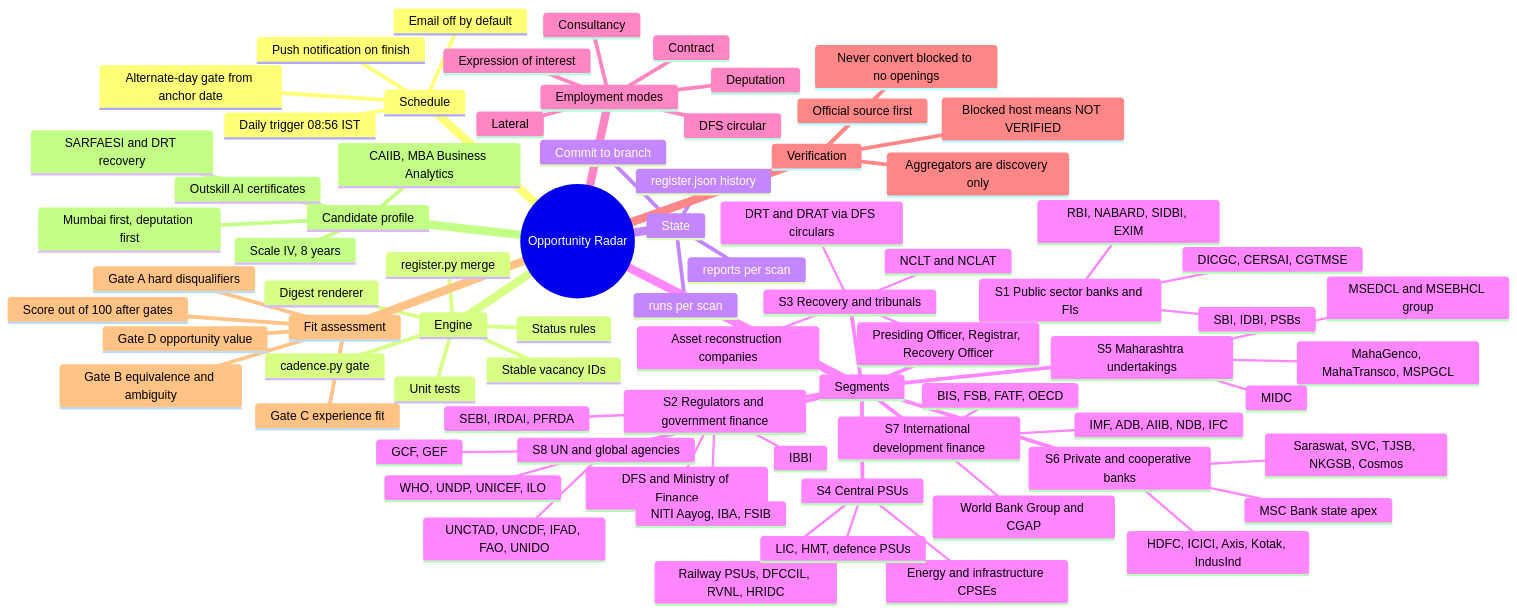
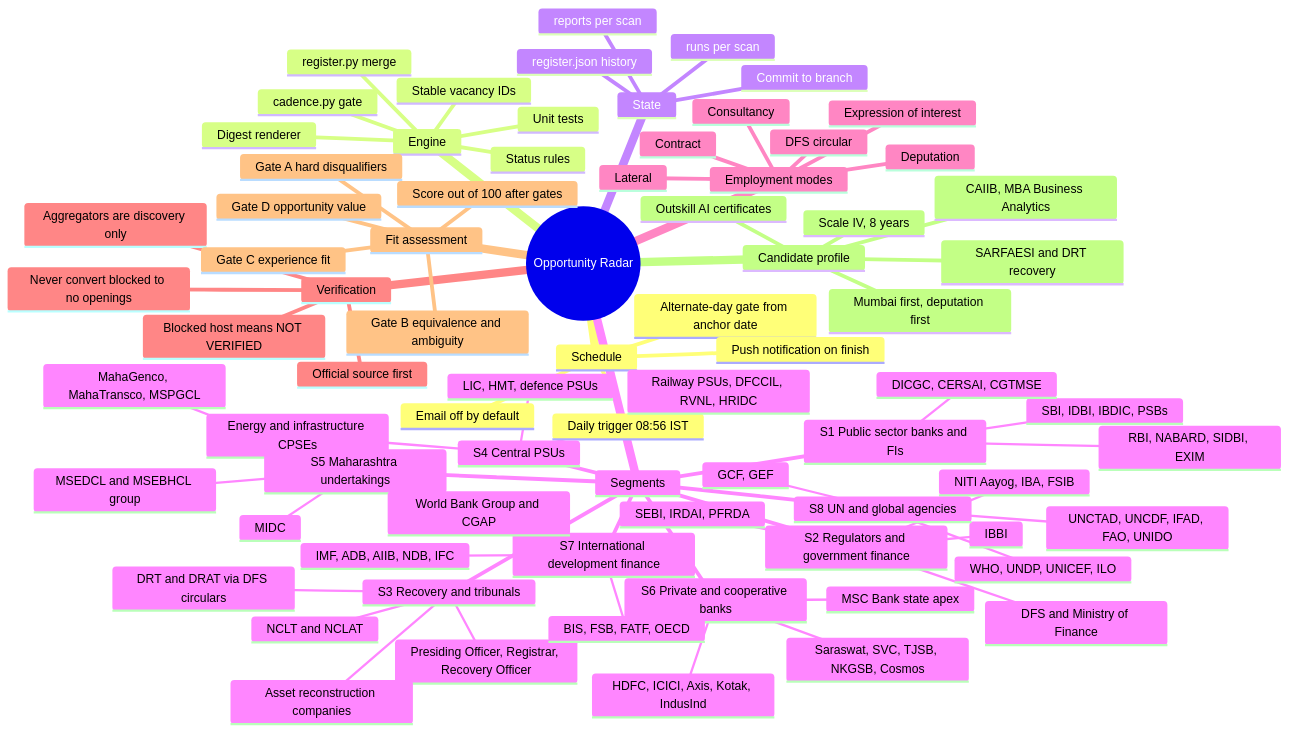
The diagram in opportunity-radar/docs/mind-map.md (Rahul-Ai07/finance-newsletter-skill), drawn with Mermaid before and after one commit. The commit also changed 5 other files, not shown here.

````diff
--- a/opportunity-radar/docs/mind-map.md
+++ b/opportunity-radar/docs/mind-map.md
@@ -3,80 +3,80 @@
 ```mermaid
 mindmap
   root((Opportunity Radar))
     Schedule
       Daily trigger 08:56 IST
       Alternate-day gate from anchor date
       Push notification on finish
       Email off by default
     Engine
       cadence.py gate
       register.py merge
       Stable vacancy IDs
       Status rules
       Digest renderer
       Unit tests
     State
       register.json history
       runs per scan
       reports per scan
       Commit to branch
     Segments
       S1 Public sector banks and FIs
-        SBI, IDBI, PSBs
+        SBI, IDBI, IBDIC, PSBs
         RBI, NABARD, SIDBI, EXIM
         DICGC, CERSAI, CGTMSE
       S2 Regulators and government finance
         DFS and Ministry of Finance
         IBBI
         SEBI, IRDAI, PFRDA
         NITI Aayog, IBA, FSIB
       S3 Recovery and tribunals
         DRT and DRAT via DFS circulars
         Presiding Officer, Registrar, Recovery Officer
         NCLT and NCLAT
         Asset reconstruction companies
       S4 Central PSUs
         Railway PSUs, DFCCIL, RVNL, HRIDC
         Energy and infrastructure CPSEs
         LIC, HMT, defence PSUs
       S5 Maharashtra undertakings
         MSEDCL and MSEBHCL group
         MahaGenco, MahaTransco, MSPGCL
         MIDC
       S6 Private and cooperative banks
         HDFC, ICICI, Axis, Kotak, IndusInd
         Saraswat, SVC, TJSB, NKGSB, Cosmos
         MSC Bank state apex
       S7 International development finance
         World Bank Group and CGAP
         IMF, ADB, AIIB, NDB, IFC
         BIS, FSB, FATF, OECD
       S8 UN and global agencies
         WHO, UNDP, UNICEF, ILO
         UNCTAD, UNCDF, IFAD, FAO, UNIDO
         GCF, GEF
     Employment modes
       DFS circular
       Deputation
       Lateral
       Contract
       Consultancy
       Expression of interest
     Verification
       Official source first
       Aggregators are discovery only
       Blocked host means NOT VERIFIED
       Never convert blocked to no openings
     Fit assessment
       Gate A hard disqualifiers
       Gate B equivalence and ambiguity
       Gate C experience fit
       Gate D opportunity value
       Score out of 100 after gates
     Candidate profile
       Scale IV, 8 years
       CAIIB, MBA Business Analytics
       SARFAESI and DRT recovery
       Outskill AI certificates
       Mumbai first, deputation first
 ```
````
